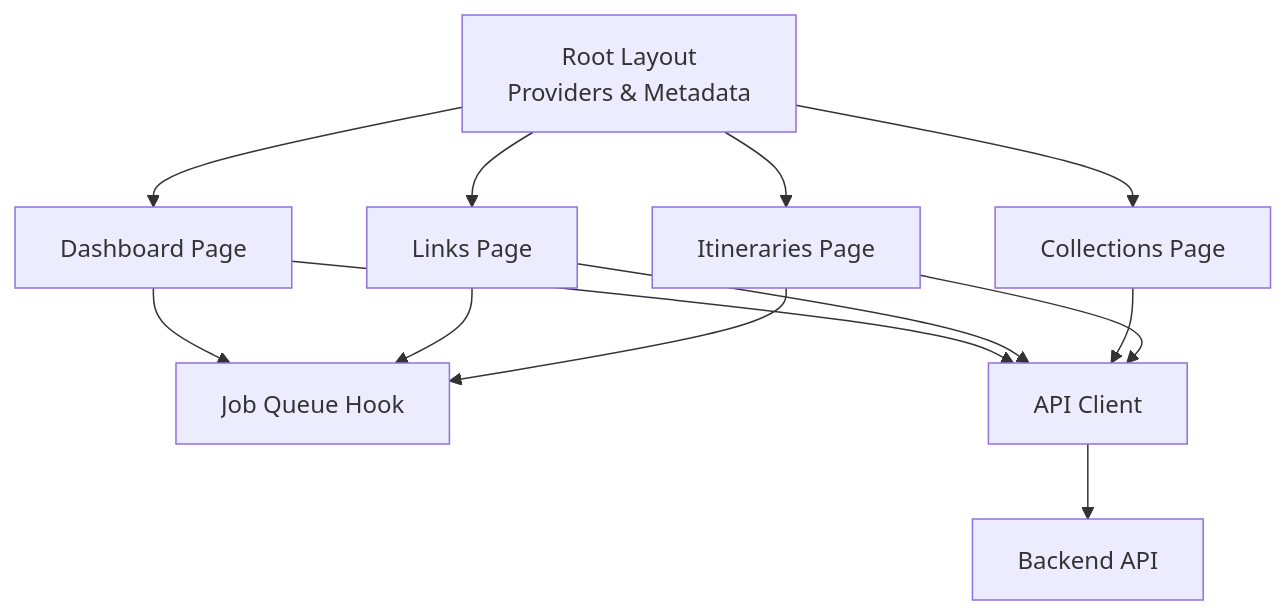
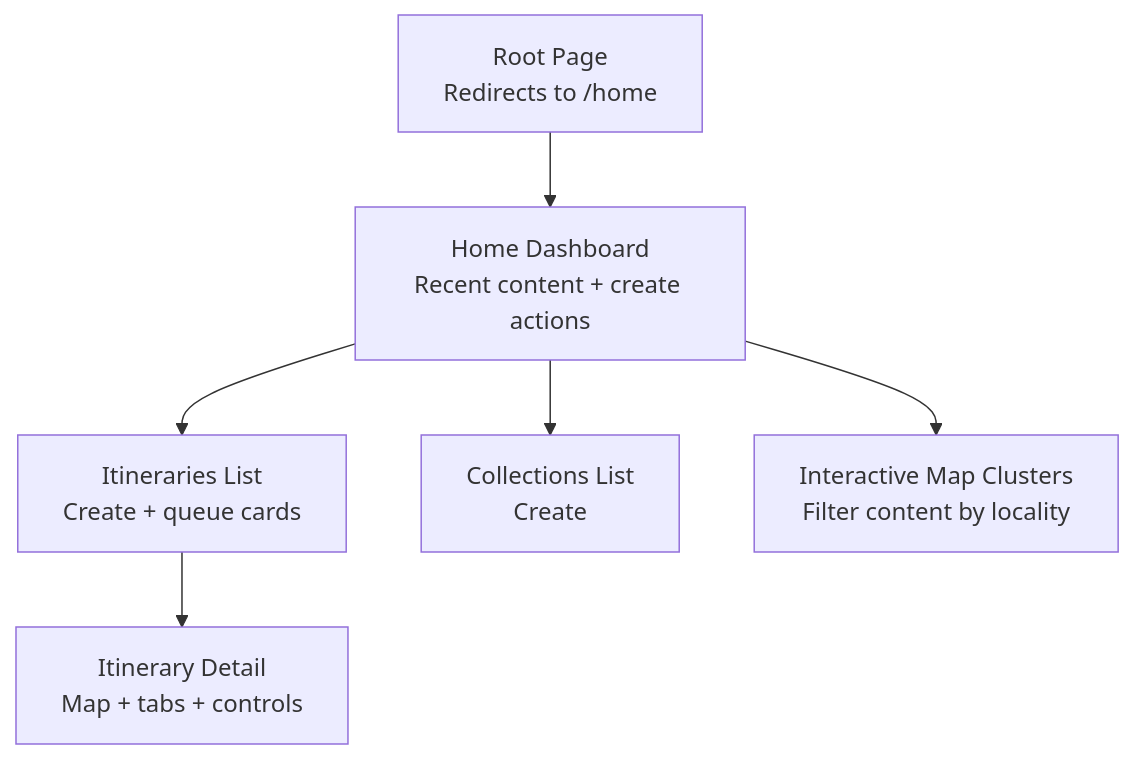
One commit to Meaetin/alibaba-hackathon changed the first of 10 diagrams in .qoder/repowiki/en/content/Core Features/Core Features.md. Above: the diagram before and after it, drawn with Mermaid. The commit also changed other lines of this file and 241 other files, not shown here.

````diff
--- a/.qoder/repowiki/en/content/Core Features/Core Features.md
+++ b/.qoder/repowiki/en/content/Core Features/Core Features.md
@@ -47,15 +43,8 @@
 ```mermaid
 graph TB
-A["Root Layout<br/>Providers & Metadata"] --> B["Dashboard Page"]
-A --> C["Links Page"]
-A --> D["Collections Page"]
-A --> E["Itineraries Page"]
-B --> F["Job Queue Hook"]
-C --> F
-E --> F
-B --> G["API Client"]
-C --> G
-D --> G
-E --> G
-G --> H["Backend API"]
+A["Root Page<br/>Redirects to /home"] --> B["Home Dashboard<br/>Recent content + create actions"]
+B --> C["Itineraries List<br/>Create + queue cards"]
+B --> D["Collections List<br/>Create"]
+C --> E["Itinerary Detail<br/>Map + tabs + controls"]
+B --> F["Interactive Map Clusters<br/>Filter content by locality"]
 ```
````
